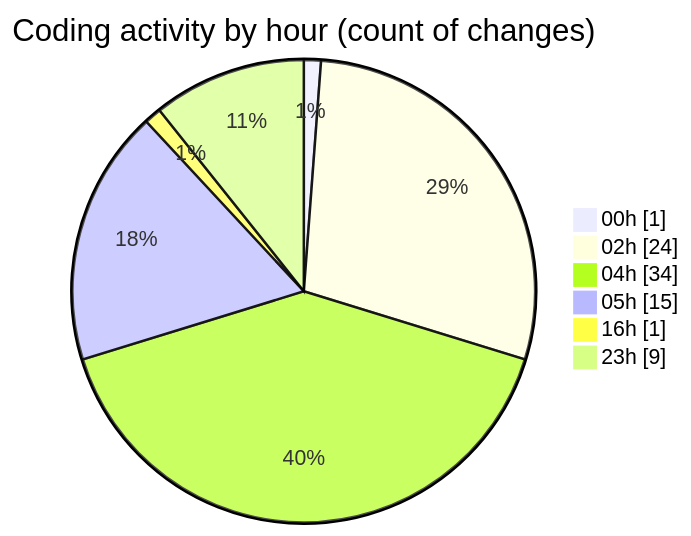
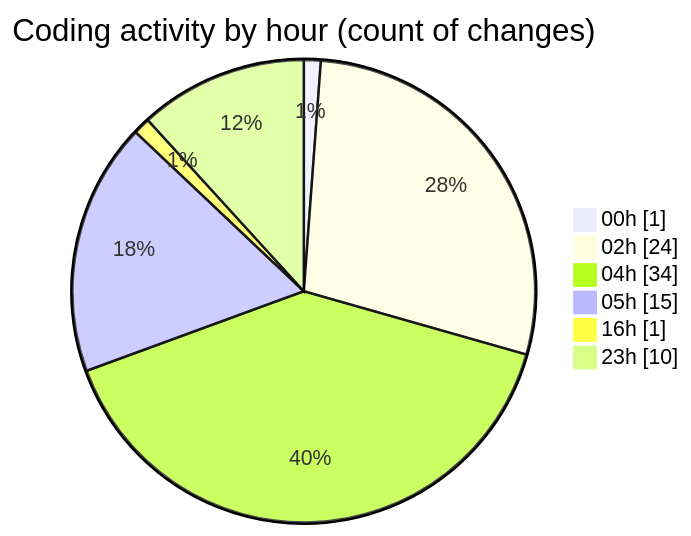
The second of 2 diagrams in 2025-11-23/eventscop-api-guide__workspace_/README.md (julien-gomy/code-tracking), drawn with Mermaid before and after one commit. The commit also changed other lines of this file and 1 other file, not shown here.

````diff
--- a/2025-11-23/eventscop-api-guide__workspace_/README.md
+++ b/2025-11-23/eventscop-api-guide__workspace_/README.md
@@ -39,10 +39,10 @@
 ```mermaid
 pie showData
 title Coding activity by hour (count of changes)
 "00h" : 1
 "02h" : 24
 "04h" : 34
 "05h" : 15
 "16h" : 1
-"23h" : 9
+"23h" : 10
 ```
````
